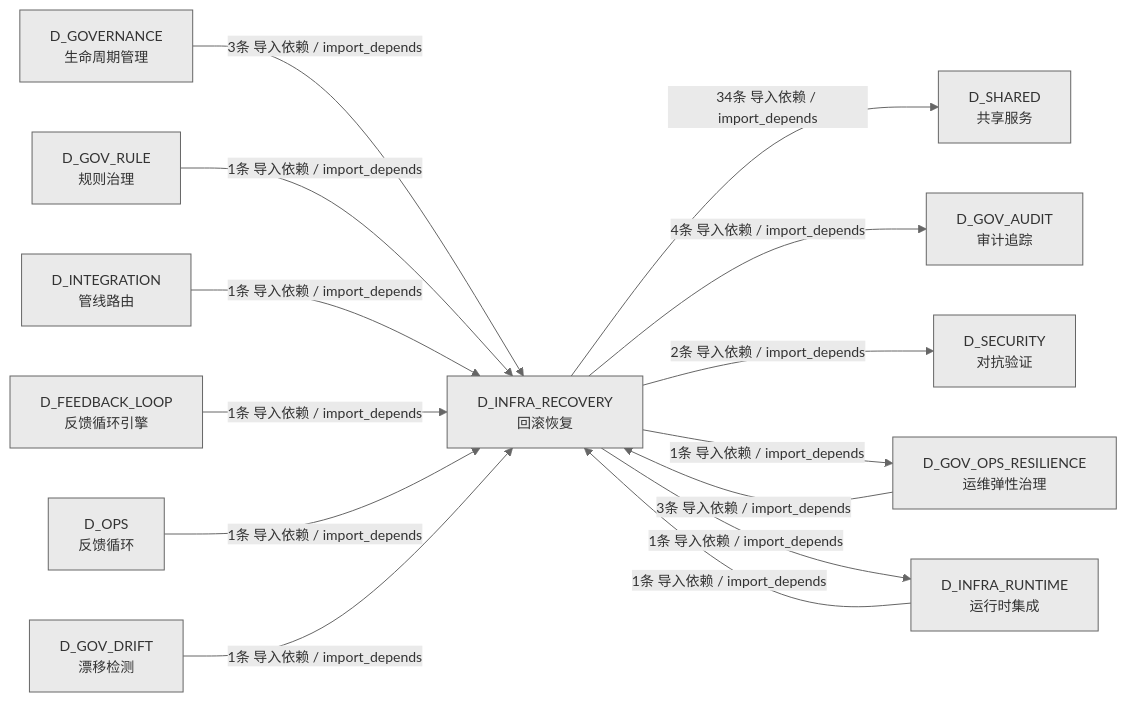
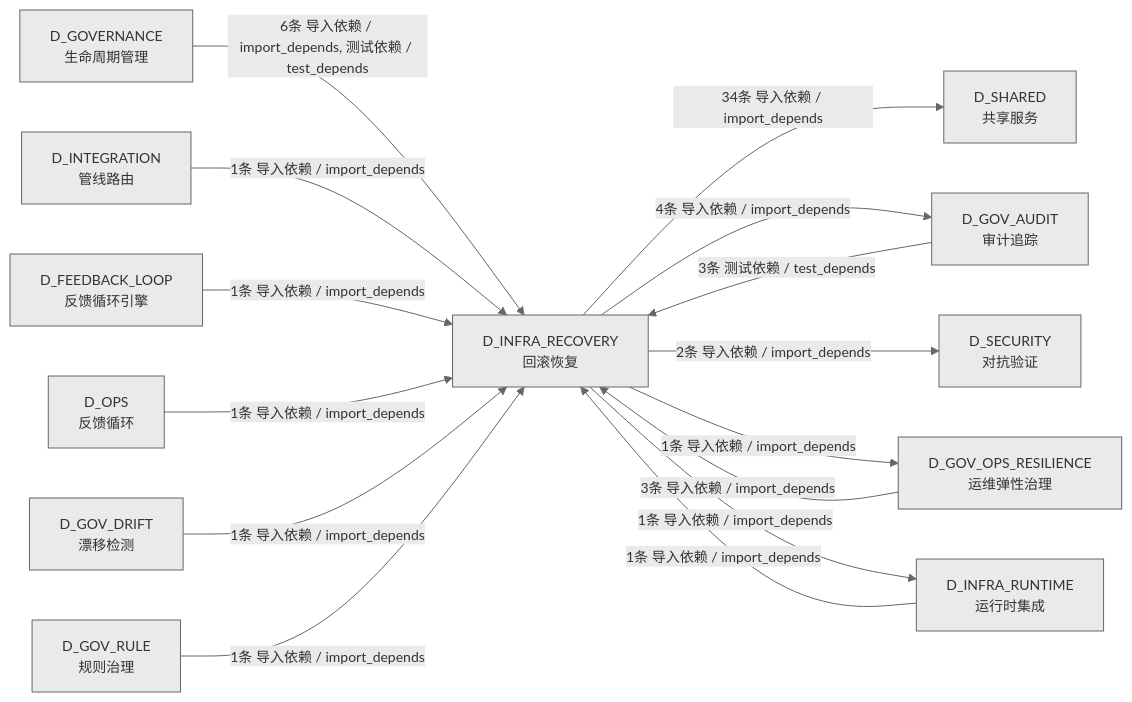
One commit to xuanFelixVan/ZephyrAlpha changed the third of 3 diagrams in docs/02_enterprise_architecture/02_domain_architecture_docs/05_d_infra_recovery.md. Above: the diagram before and after it, drawn with Mermaid. The commit also changed other lines of this file and 47 other files, not shown here.

````diff
--- a/docs/02_enterprise_architecture/02_domain_architecture_docs/05_d_infra_recovery.md
+++ b/docs/02_enterprise_architecture/02_domain_architecture_docs/05_d_infra_recovery.md
@@ -434,29 +442,30 @@
 ```mermaid
 %%{init: {'theme': 'base', 'themeVariables': {'primaryColor': '#eaeaea', 'primaryTextColor': '#333333', 'primaryBorderColor': '#666666', 'lineColor': '#666666', 'secondaryColor': '#eaeaea', 'tertiaryColor': '#eaeaea', 'fontSize': '14px'}}}%%
 graph LR
     D_INFRA_RECOVERY["D_INFRA_RECOVERY<br/>回滚恢复"]
     D_SHARED["D_SHARED<br/>共享服务"]
     D_GOV_AUDIT["D_GOV_AUDIT<br/>审计追踪"]
     D_SECURITY["D_SECURITY<br/>对抗验证"]
     D_GOV_OPS_RESILIENCE["D_GOV_OPS_RESILIENCE<br/>运维弹性治理"]
     D_INFRA_RUNTIME["D_INFRA_RUNTIME<br/>运行时集成"]
     D_GOVERNANCE["D_GOVERNANCE<br/>生命周期管理"]
-    D_GOV_RULE["D_GOV_RULE<br/>规则治理"]
     D_INTEGRATION["D_INTEGRATION<br/>管线路由"]
     D_FEEDBACK_LOOP["D_FEEDBACK_LOOP<br/>反馈循环引擎"]
     D_OPS["D_OPS<br/>反馈循环"]
     D_GOV_DRIFT["D_GOV_DRIFT<br/>漂移检测"]
+    D_GOV_RULE["D_GOV_RULE<br/>规则治理"]
     D_INFRA_RECOVERY -->|34条 导入依赖 / import_depends| D_SHARED
     D_INFRA_RECOVERY -->|4条 导入依赖 / import_depends| D_GOV_AUDIT
     D_INFRA_RECOVERY -->|2条 导入依赖 / import_depends| D_SECURITY
     D_INFRA_RECOVERY -->|1条 导入依赖 / import_depends| D_GOV_OPS_RESILIENCE
     D_INFRA_RECOVERY -->|1条 导入依赖 / import_depends| D_INFRA_RUNTIME
-    D_GOVERNANCE -->|3条 导入依赖 / import_depends| D_INFRA_RECOVERY
+    D_GOVERNANCE -->|6条 导入依赖 / import_depends, 测试依赖 / test_depends| D_INFRA_RECOVERY
     D_GOV_OPS_RESILIENCE -->|3条 导入依赖 / import_depends| D_INFRA_RECOVERY
-    D_GOV_RULE -->|1条 导入依赖 / import_depends| D_INFRA_RECOVERY
+    D_GOV_AUDIT -->|3条 测试依赖 / test_depends| D_INFRA_RECOVERY
     D_INFRA_RUNTIME -->|1条 导入依赖 / import_depends| D_INFRA_RECOVERY
     D_INTEGRATION -->|1条 导入依赖 / import_depends| D_INFRA_RECOVERY
     D_FEEDBACK_LOOP -->|1条 导入依赖 / import_depends| D_INFRA_RECOVERY
     D_OPS -->|1条 导入依赖 / import_depends| D_INFRA_RECOVERY
     D_GOV_DRIFT -->|1条 导入依赖 / import_depends| D_INFRA_RECOVERY
+    D_GOV_RULE -->|1条 导入依赖 / import_depends| D_INFRA_RECOVERY
 ```
````
